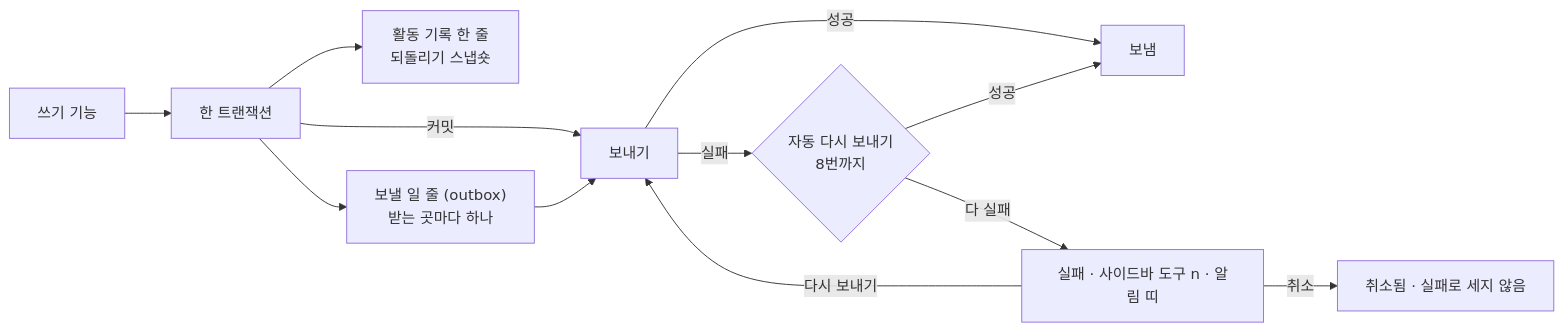
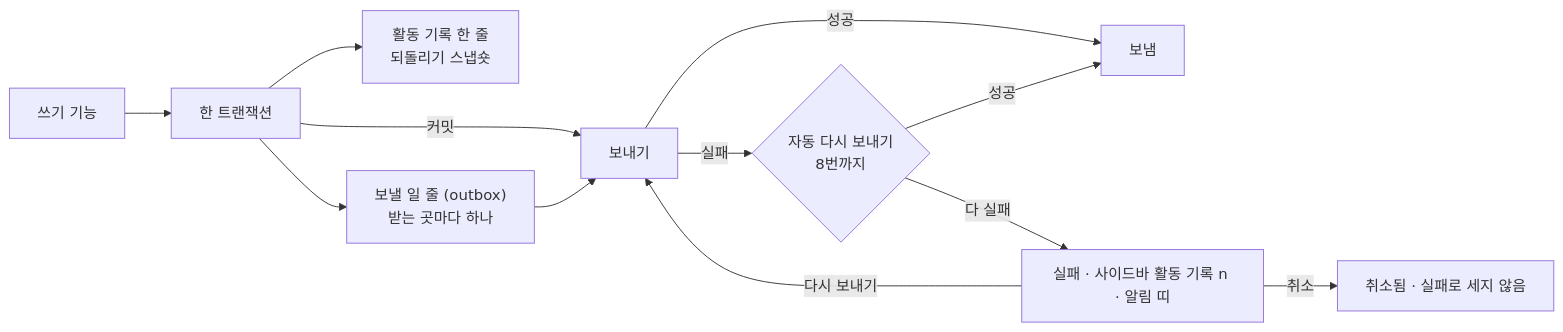
The diagram in docs/design/features/13-activity-and-delivery.md (monti-cms/monti), drawn with Mermaid before and after one commit. The commit also changed other lines of this file and 20 other files, not shown here.

First line of the commit message:
docs(admin): the activity log's own map, and the maps and flows that showed it as a tab

````diff
--- a/docs/design/features/13-activity-and-delivery.md
+++ b/docs/design/features/13-activity-and-delivery.md
@@ -24,14 +25,14 @@
 ```mermaid
 flowchart LR
   W["쓰기 기능"] --> TX["한 트랜잭션"]
   TX --> A["활동 기록 한 줄<br/>되돌리기 스냅숏"]
   TX --> O["보낼 일 줄 (outbox)<br/>받는 곳마다 하나"]
   TX -->|커밋| SEND["보내기"]
   O --> SEND
   SEND -->|성공| OK["보냄"]
   SEND -->|실패| RETRY{"자동 다시 보내기<br/>8번까지"}
   RETRY -->|성공| OK
-  RETRY -->|다 실패| FAIL["실패 · 사이드바 도구 n · 알림 띠"]
+  RETRY -->|다 실패| FAIL["실패 · 사이드바 활동 기록 n · 알림 띠"]
   FAIL -->|다시 보내기| SEND
   FAIL -->|취소| CANCEL["취소됨 · 실패로 세지 않음"]
 ```
````
